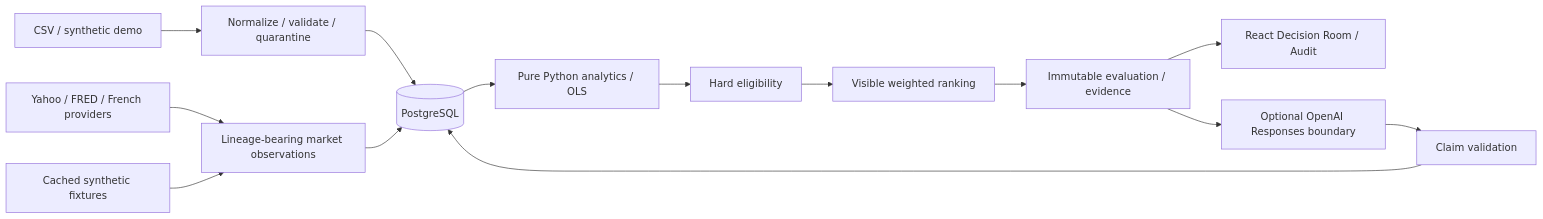
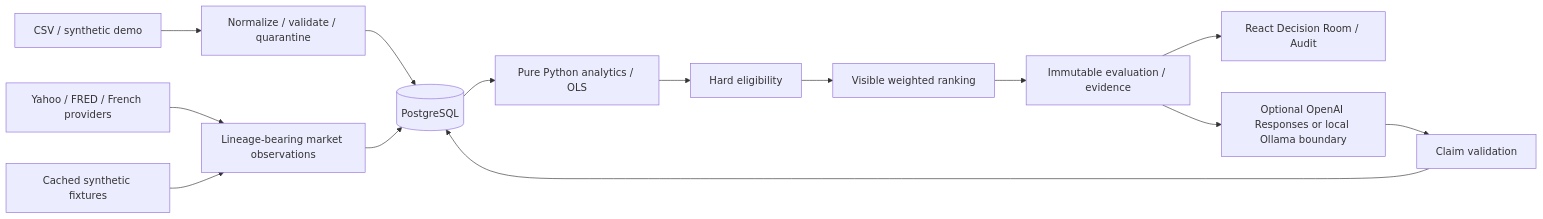
One commit to abhishekreddy1206/allocator-ic-copilot changed the diagram in ARCHITECTURE.md. Above: the diagram before and after it, drawn with Mermaid. The commit also changed 20 other files, not shown here.

````diff
--- a/ARCHITECTURE.md
+++ b/ARCHITECTURE.md
@@ -3,16 +3,16 @@
 ```mermaid
 flowchart LR
  CSV[CSV / synthetic demo] --> I[Normalize / validate / quarantine]
  I --> DB[(PostgreSQL)]
  P[Yahoo / FRED / French providers] --> M[Lineage-bearing market observations]
  C[Cached synthetic fixtures] --> M
  M --> DB
  DB --> A[Pure Python analytics / OLS]
  A --> E[Hard eligibility]
  E --> R[Visible weighted ranking]
  R --> V[Immutable evaluation / evidence]
  V --> UI[React Decision Room / Audit]
- V --> AI[Optional OpenAI Responses boundary]
+ V --> AI[Optional OpenAI Responses or local Ollama boundary]
  AI --> G[Claim validation]
  G --> DB
 ```
````
